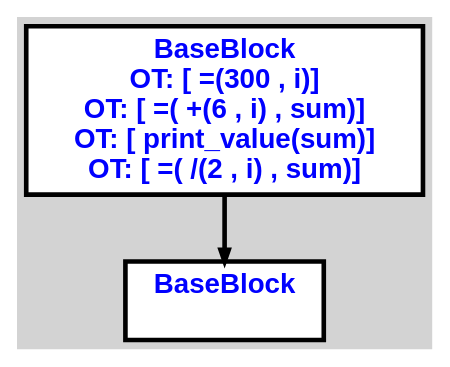
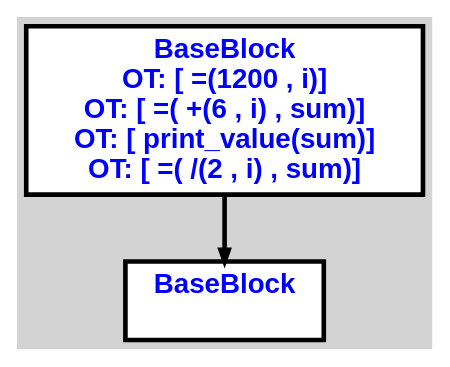
The diagram in cpoCompilerWin/input2.txt.calculator.dot (aveen007/CountingMonkeys), drawn with Graphviz before and after one commit. The commit also changed 9 other files, not shown here.

```diff
--- a/cpoCompilerWin/input2.txt.calculator.dot
+++ b/cpoCompilerWin/input2.txt.calculator.dot
@@ -1,14 +1,14 @@
 digraph G {
 ordering=out;
 ranksep=.4;
 bgcolor="lightgrey";  node [shape=box, fixedsize=false, fontsize=12, fontname="Helvetica-bold", fontcolor="blue"
 width=.25, height=.25, color="black", fillcolor="white", style="filled, solid, bold"];
 
-edge [arrowsize=.5, color="black", style="bold"]    n00001248E52A1580 [label="BaseBlock\n OT: [ =(300 , i)]
+edge [arrowsize=.5, color="black", style="bold"]    n0000122BFB421580 [label="BaseBlock\n OT: [ =(1200 , i)]
 OT: [ =( +(6 , i) , sum)]
 OT: [ print_value(sum)]
 OT: [ =( /(2 , i) , sum)]
 "]
-    n00001248E52A15E0 [label="BaseBlock\n "]
-    n00001248E52A1580 -> n00001248E52A15E0
+    n0000122BFB4215E0 [label="BaseBlock\n "]
+    n0000122BFB421580 -> n0000122BFB4215E0
 }
```
